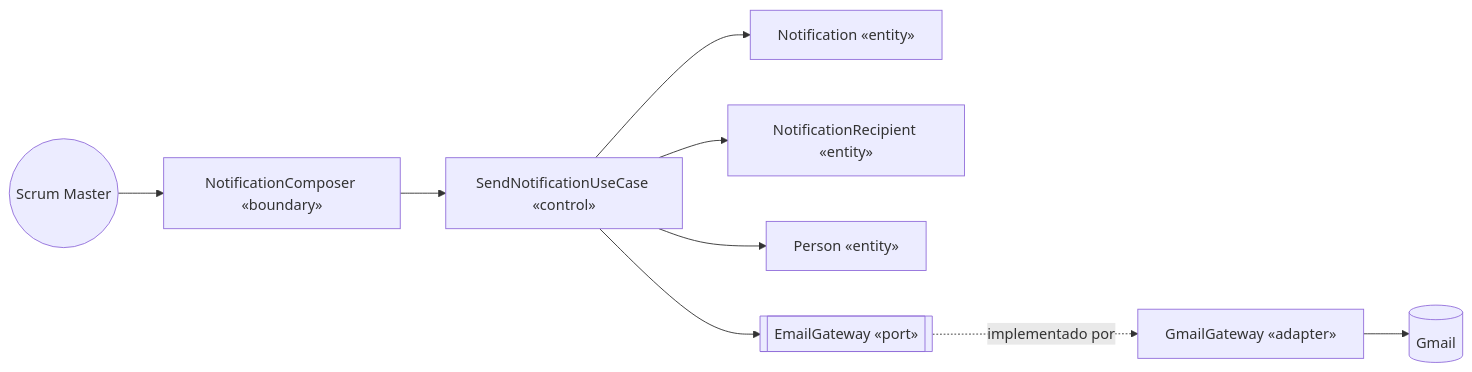
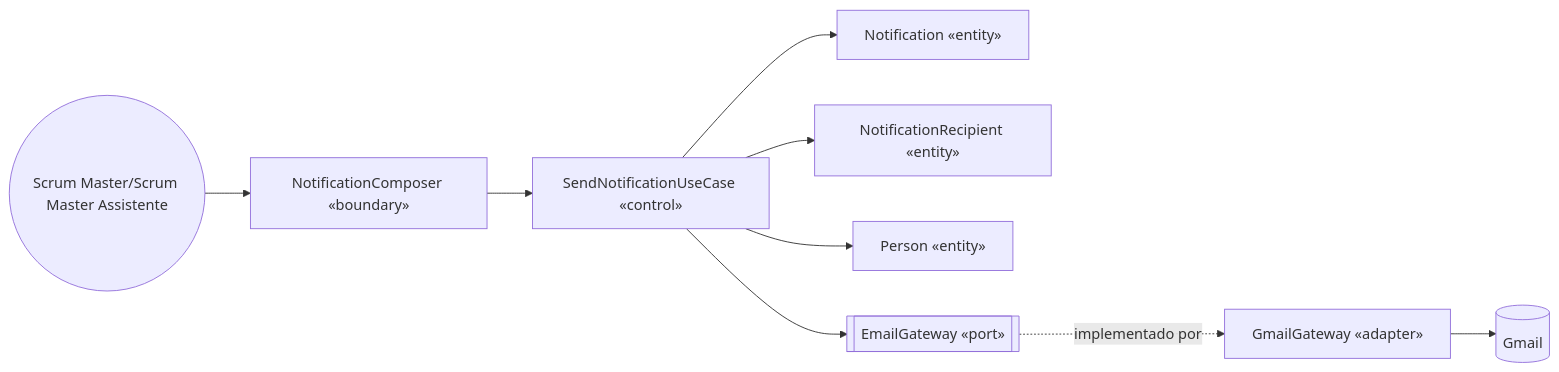
One commit to LuHenRe/PETBSI-SCRUM changed the fourth of 5 diagrams in docs/especificao-de-software/07-boundary-control-entity.md. Above: the diagram before and after it, drawn with Mermaid. The commit also changed other lines of this file and 18 other files, not shown here.

````diff
--- a/docs/especificao-de-software/07-boundary-control-entity.md
+++ b/docs/especificao-de-software/07-boundary-control-entity.md
@@ -97,11 +97,11 @@
 ```mermaid
 flowchart LR
-    ScrumMaster((Scrum Master)) --> Composer[NotificationComposer «boundary»]
+    ScrumMaster((Scrum Master/Scrum Master Assistente)) --> Composer[NotificationComposer «boundary»]
     Composer --> Send[SendNotificationUseCase «control»]
     Send --> Notification[Notification «entity»]
     Send --> Recipient[NotificationRecipient «entity»]
     Send --> Person[Person «entity»]
     Send --> Email[[EmailGateway «port»]]
     Email -. implementado por .-> Gmail[GmailGateway «adapter»]
     Gmail --> Google[(Gmail)]
 ```
````
